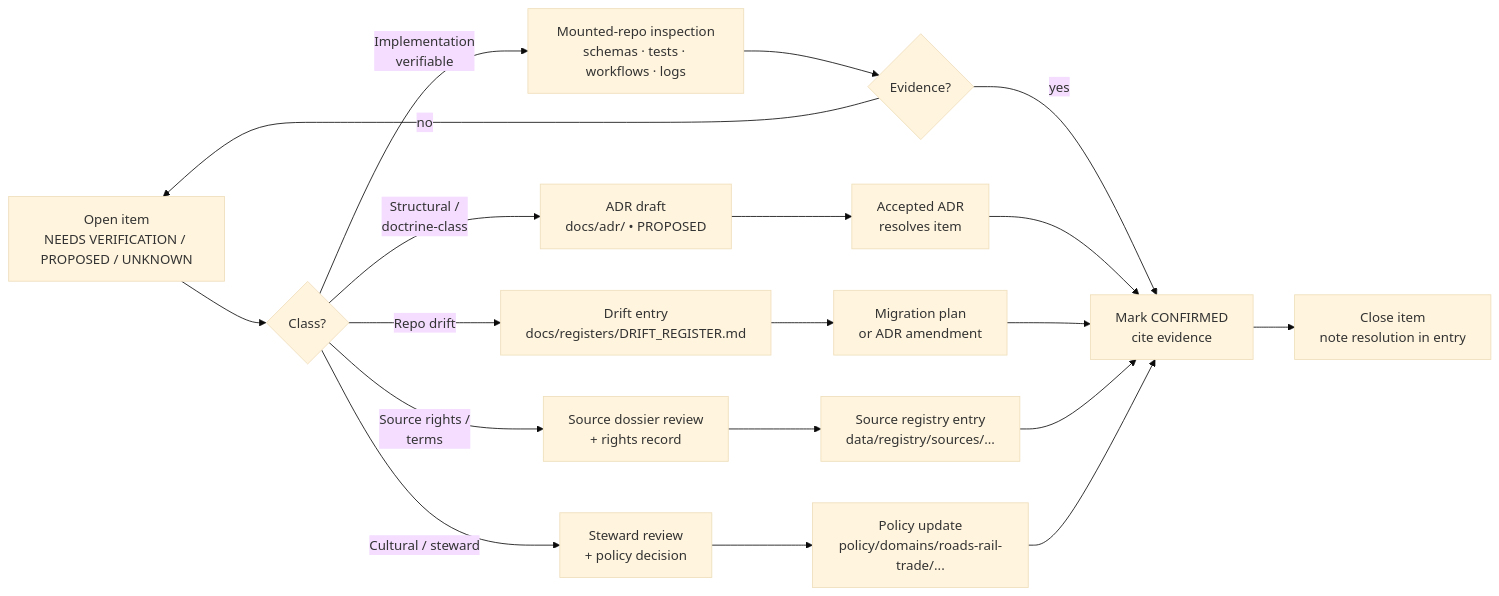
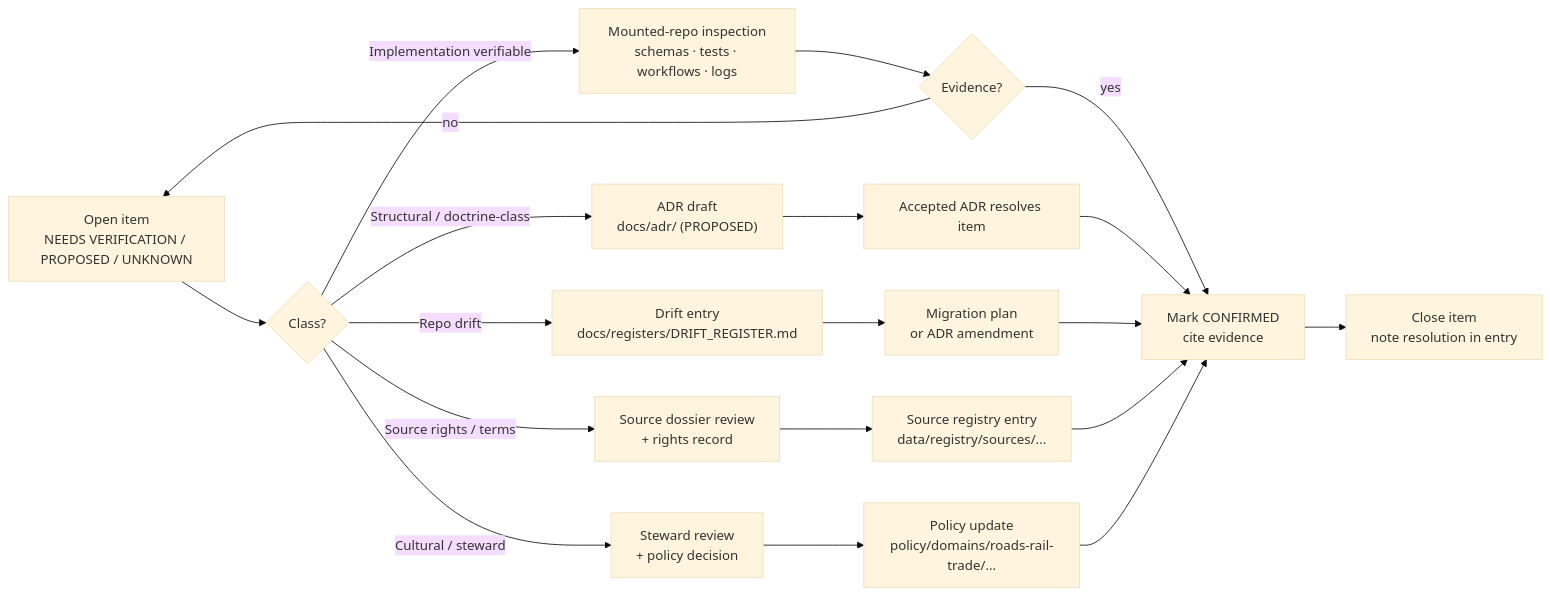
Before and after one commit to bartytime4life/Kansas-Frontier-Matrix: the diagram in docs/domains/roads-rail-trade/VERIFICATION_BACKLOG.md, drawn with Mermaid (base theme). The commit also changed other lines of this file, not shown here.

````diff
--- a/docs/domains/roads-rail-trade/VERIFICATION_BACKLOG.md
+++ b/docs/domains/roads-rail-trade/VERIFICATION_BACKLOG.md
@@ -132,21 +111,21 @@
 ```mermaid
 flowchart LR
-    A[Open item<br/>NEEDS VERIFICATION / PROPOSED / UNKNOWN] --> B{Class?}
-    B -- "Implementation<br/>verifiable" --> C[Mounted-repo inspection<br/>schemas · tests · workflows · logs]
-    B -- "Structural /<br/>doctrine-class" --> D[ADR draft<br/>docs/adr/ • PROPOSED]
-    B -- "Repo drift" --> E[Drift entry<br/>docs/registers/DRIFT_REGISTER.md]
-    B -- "Source rights /<br/>terms" --> F[Source dossier review<br/>+ rights record]
-    B -- "Cultural / steward" --> G[Steward review<br/>+ policy decision]
-    C --> H{Evidence?}
-    H -- yes --> I[Mark CONFIRMED<br/>cite evidence]
-    H -- no --> A
-    D --> J[Accepted ADR<br/>resolves item]
-    E --> K[Migration plan<br/>or ADR amendment]
-    F --> L[Source registry entry<br/>data/registry/sources/...]
-    G --> M[Policy update<br/>policy/domains/roads-rail-trade/...]
+    A["Open item<br/>NEEDS VERIFICATION / PROPOSED / UNKNOWN"] --> B{"Class?"}
+    B -- "Implementation verifiable" --> C["Mounted-repo inspection<br/>schemas · tests · workflows · logs"]
+    B -- "Structural / doctrine-class" --> D["ADR draft<br/>docs/adr/ (PROPOSED)"]
+    B -- "Repo drift" --> E["Drift entry<br/>docs/registers/DRIFT_REGISTER.md"]
+    B -- "Source rights / terms" --> F["Source dossier review<br/>+ rights record"]
+    B -- "Cultural / steward" --> G["Steward review<br/>+ policy decision"]
+    C --> H{"Evidence?"}
+    H -- "yes" --> I["Mark CONFIRMED<br/>cite evidence"]
+    H -- "no" --> A
+    D --> J["Accepted ADR resolves item"]
+    E --> K["Migration plan<br/>or ADR amendment"]
+    F --> L["Source registry entry<br/>data/registry/sources/..."]
+    G --> M["Policy update<br/>policy/domains/roads-rail-trade/..."]
     J --> I
     K --> I
     L --> I
     M --> I
-    I --> N[Close item<br/>note resolution in entry]
+    I --> N["Close item<br/>note resolution in entry"]
 ```
````
